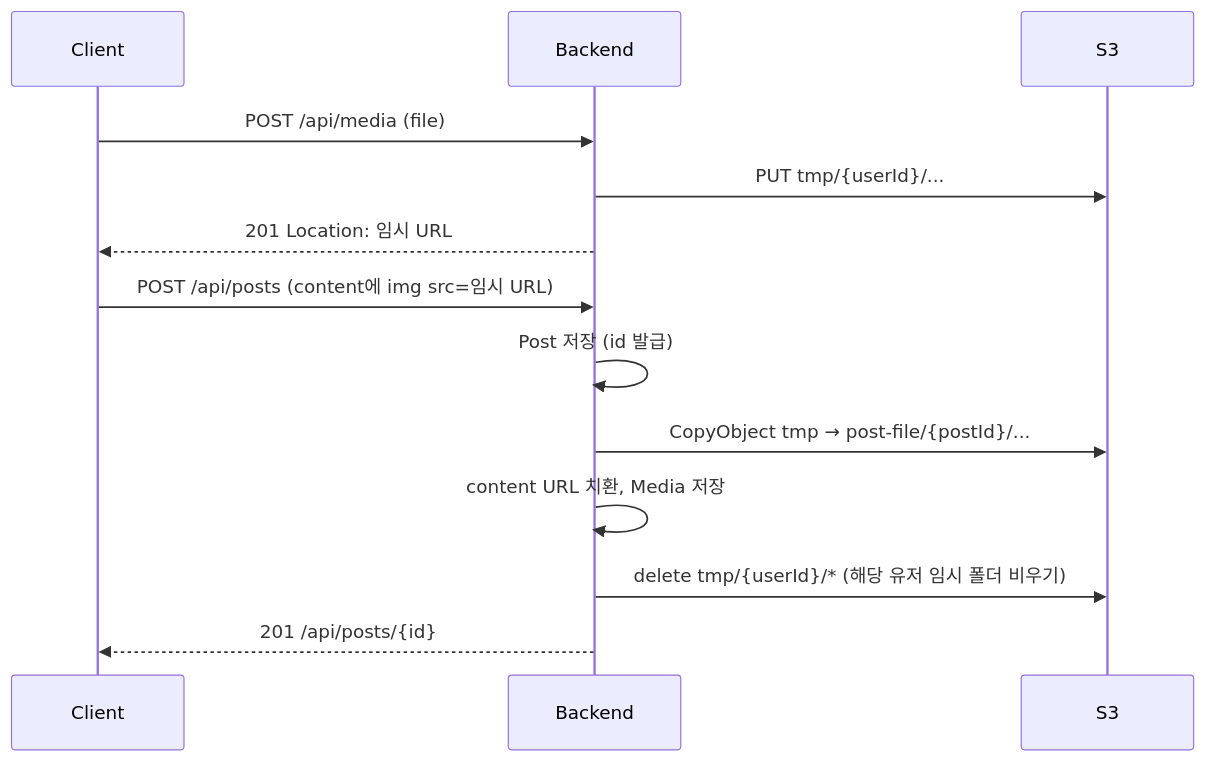
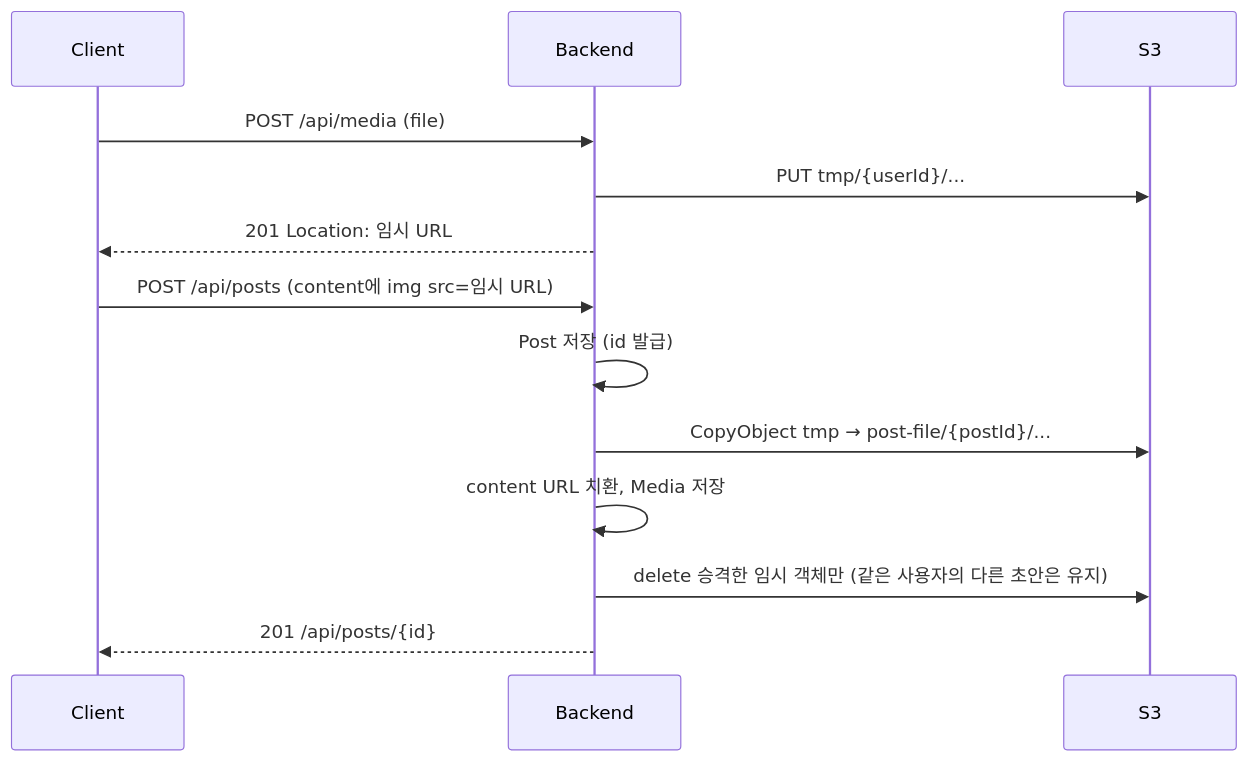
The diagram in README.md (JangHyeok2909/highteenday-backend), drawn with Mermaid before and after one commit. The commit also changed other lines of this file and 35 other files, not shown here.

````diff
--- a/README.md
+++ b/README.md
@@ -299,17 +302,18 @@
 ```mermaid
 sequenceDiagram
     participant C as Client
     participant API as Backend
     participant S3 as S3
 
     C->>API: POST /api/media (file)
     API->>S3: PUT tmp/{userId}/...
     API-->>C: 201 Location: 임시 URL
 
     C->>API: POST /api/posts (content에 img src=임시 URL)
     API->>API: Post 저장 (id 발급)
     API->>S3: CopyObject tmp → post-file/{postId}/...
     API->>API: content URL 치환, Media 저장
-    API->>S3: delete tmp/{userId}/* (해당 유저 임시 폴더 비우기)
+    API->>S3: delete 승격한 임시 객체만 (같은 사용자의 다른 초안은 유지)
+
     API-->>C: 201 /api/posts/{id}
 ```
````
